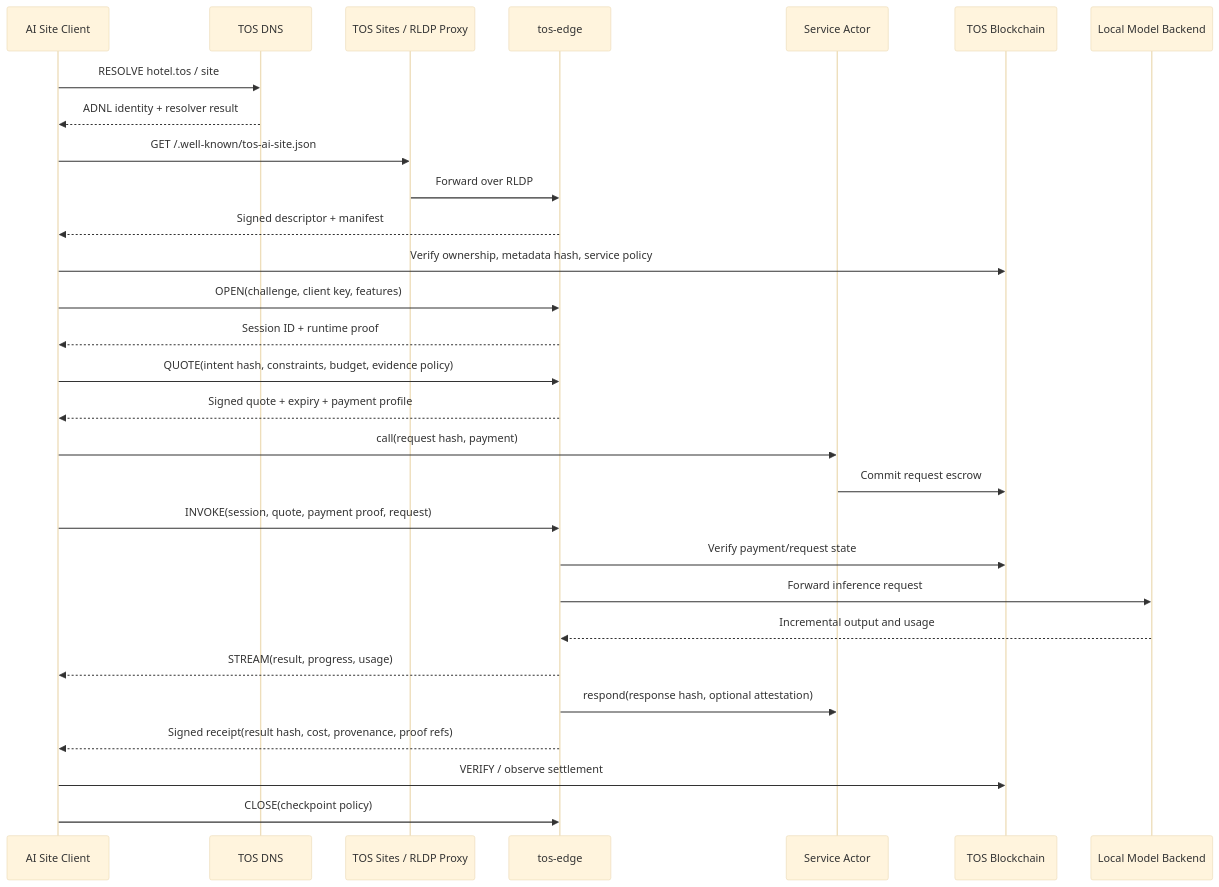
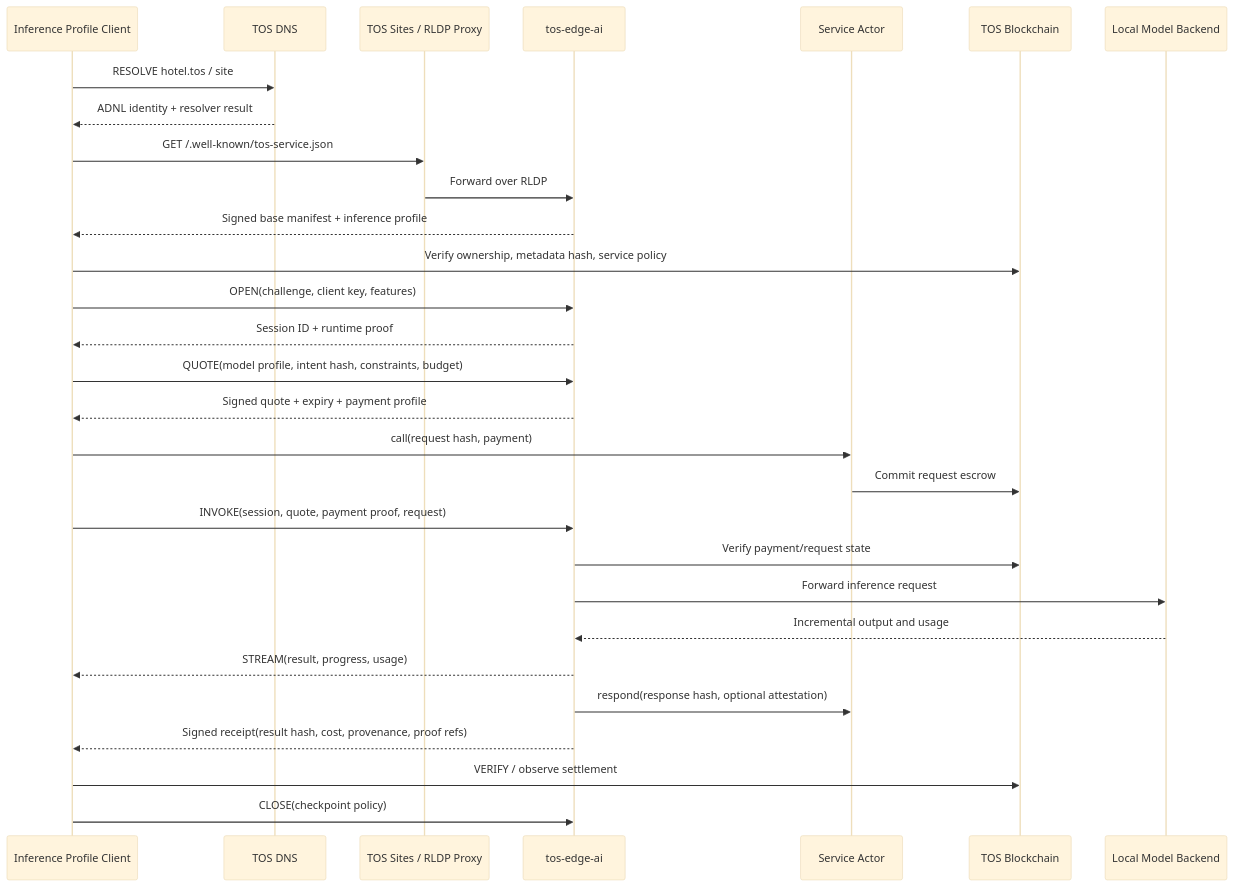
One commit to tosnetwork/tos changed the fourth of 5 diagrams in doc/the-tos-protocol-implementation-plan.md. Above: the diagram before and after it, drawn with Mermaid (base theme). The commit also changed other lines of this file and 3 other files, not shown here.

Commit message:
Expand TOS service protocol implementation plan

````diff
--- a/doc/the-tos-protocol-implementation-plan.md
+++ b/doc/the-tos-protocol-implementation-plan.md
@@ -592,32 +860,32 @@
 ```mermaid
 sequenceDiagram
-    participant C as AI Site Client
+    participant C as Inference Profile Client
     participant D as TOS DNS
     participant P as TOS Sites / RLDP Proxy
-    participant E as tos-edge
+    participant E as tos-edge-ai
     participant S as Service Actor
     participant B as TOS Blockchain
     participant M as Local Model Backend
 
     C->>D: RESOLVE hotel.tos / site
     D-->>C: ADNL identity + resolver result
-    C->>P: GET /.well-known/tos-ai-site.json
+    C->>P: GET /.well-known/tos-service.json
     P->>E: Forward over RLDP
-    E-->>C: Signed descriptor + manifest
+    E-->>C: Signed base manifest + inference profile
     C->>B: Verify ownership, metadata hash, service policy
     C->>E: OPEN(challenge, client key, features)
     E-->>C: Session ID + runtime proof
-    C->>E: QUOTE(intent hash, constraints, budget, evidence policy)
+    C->>E: QUOTE(model profile, intent hash, constraints, budget)
     E-->>C: Signed quote + expiry + payment profile
     C->>S: call(request hash, payment)
     S->>B: Commit request escrow
     C->>E: INVOKE(session, quote, payment proof, request)
     E->>B: Verify payment/request state
     E->>M: Forward inference request
     M-->>E: Incremental output and usage
     E-->>C: STREAM(result, progress, usage)
     E->>S: respond(response hash, optional attestation)
     E-->>C: Signed receipt(result hash, cost, provenance, proof refs)
     C->>B: VERIFY / observe settlement
     C->>E: CLOSE(checkpoint policy)
 ```
````
